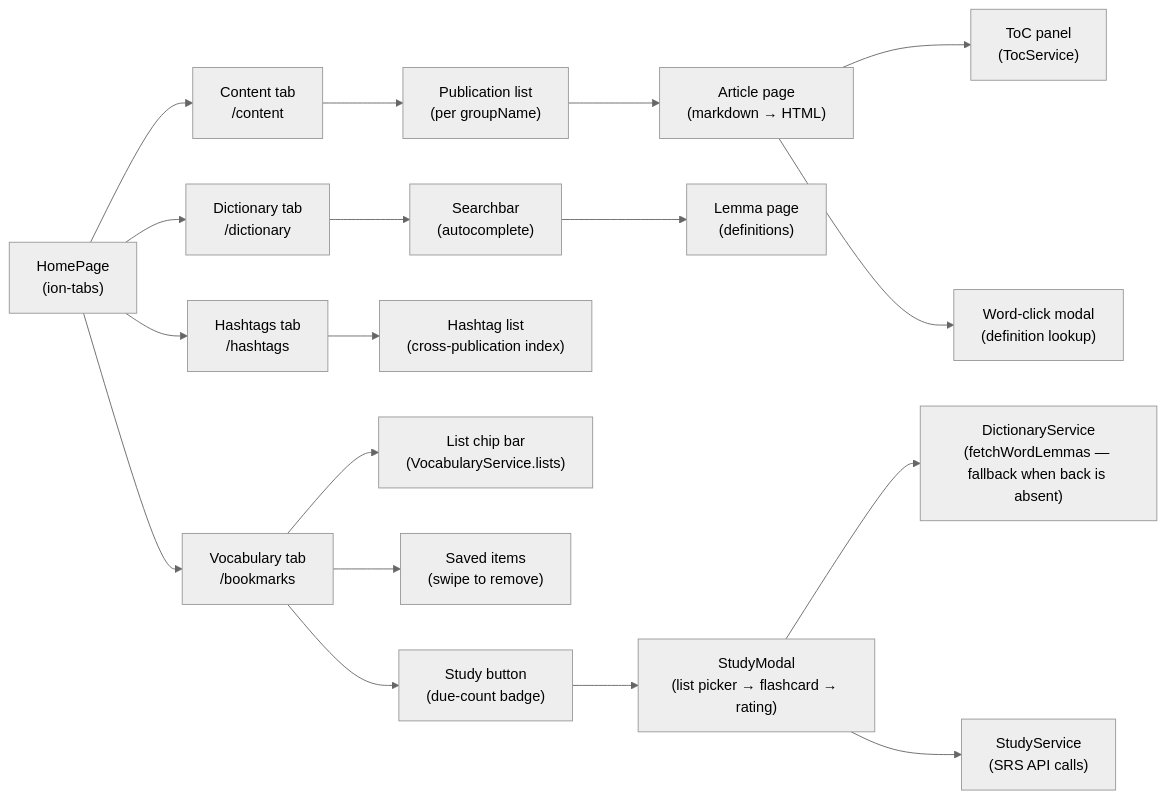
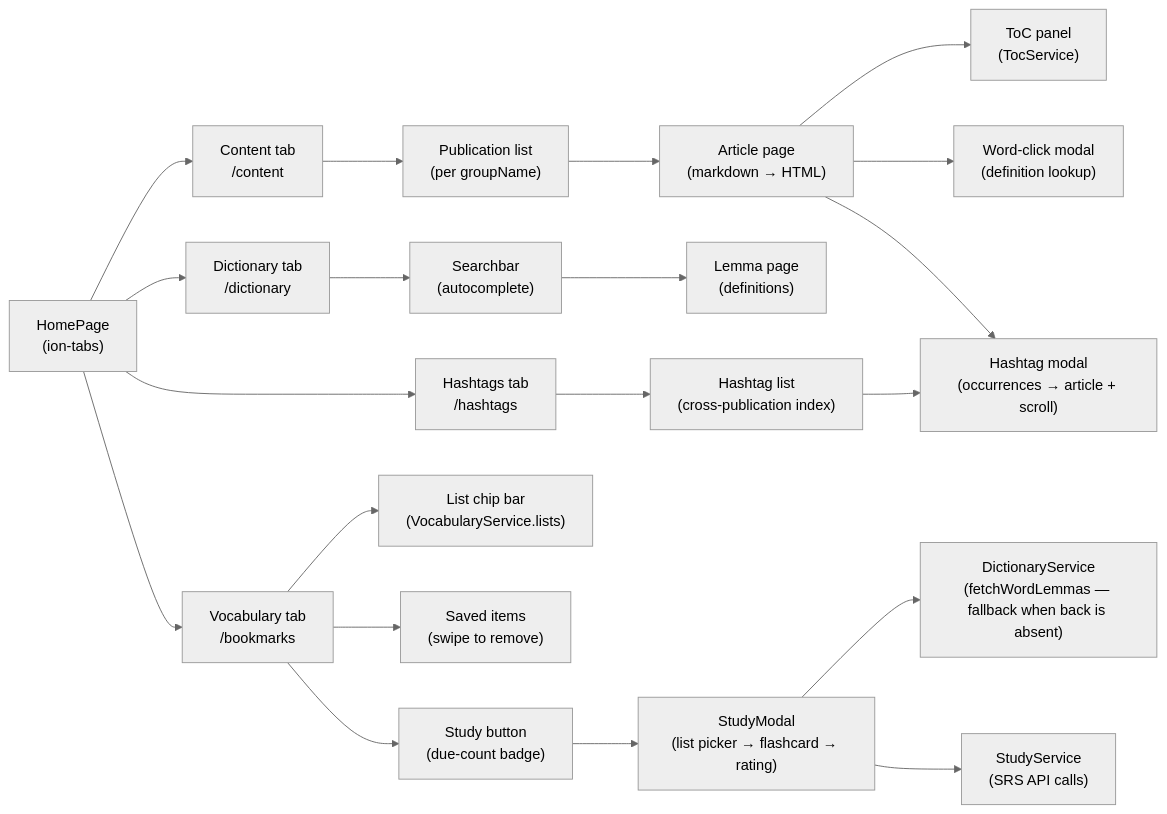
Before and after one commit to remarcmij/taalwiz-mono: the fifth of 18 diagrams in apps/web/ARCHITECTURE.md, drawn with Mermaid (neutral theme). The commit also changed other lines of this file, not shown here.

First line of the commit message:
docs(web): update ARCHITECTURE.md to reflect recent frontend changes

````diff
--- a/apps/web/ARCHITECTURE.md
+++ b/apps/web/ARCHITECTURE.md
@@ -224,25 +234,27 @@
 ```mermaid
 graph LR
     HomePage["HomePage\n(ion-tabs)"]
     HomePage --> Content["Content tab\n/content"]
     HomePage --> Dictionary["Dictionary tab\n/dictionary"]
     HomePage --> Hashtags["Hashtags tab\n/hashtags"]
     HomePage --> Vocabulary["Vocabulary tab\n/bookmarks"]
 
     Content --> Publication["Publication list\n(per groupName)"]
     Publication --> Article["Article page\n(markdown → HTML)"]
     Article --> TOC["ToC panel\n(TocService)"]
     Article --> WordModal["Word-click modal\n(definition lookup)"]
 
     Dictionary --> Searchbar["Searchbar\n(autocomplete)"]
     Searchbar --> Lemma["Lemma page\n(definitions)"]
 
     Hashtags --> HashtagList["Hashtag list\n(cross-publication index)"]
+    HashtagList --> HashtagModal["Hashtag modal\n(occurrences → article + scroll)"]
+    Article --> HashtagModal
 
     Vocabulary --> ChipBar["List chip bar\n(VocabularyService.lists)"]
     Vocabulary --> WordList["Saved items\n(swipe to remove)"]
     Vocabulary --> StudyBtn["Study button\n(due-count badge)"]
     StudyBtn --> StudyModal["StudyModal\n(list picker → flashcard → rating)"]
     StudyModal --> DictSvc["DictionaryService\n(fetchWordLemmas — fallback when back is absent)"]
     StudyModal --> StudySvc["StudyService\n(SRS API calls)"]
 ```
````
